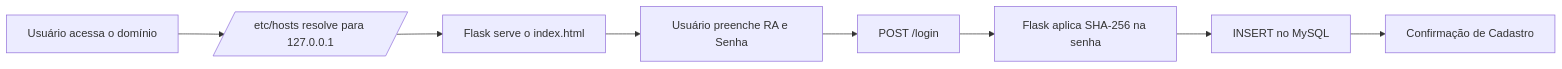
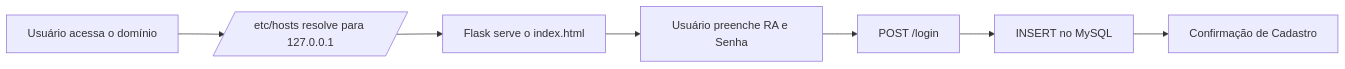
Before and after one commit to C3NEXT/redes-computadores-dns: the first of 4 diagrams in README.md, drawn with Mermaid.

````diff
--- a/README.md
+++ b/README.md
@@ -52,11 +52,10 @@
 ```mermaid
 flowchart LR
 
 A[Usuário acessa o domínio] --> B[/etc/hosts resolve para 127.0.0.1/]
 B --> C[Flask serve o index.html]
 C --> D[Usuário preenche RA e Senha]
 D --> E[POST /login]
-E --> F[Flask aplica SHA-256 na senha]
-F --> G[INSERT no MySQL]
-G --> H[Confirmação de Cadastro]
+E --> F[INSERT no MySQL]
+F --> G[Confirmação de Cadastro]
 ```
````
